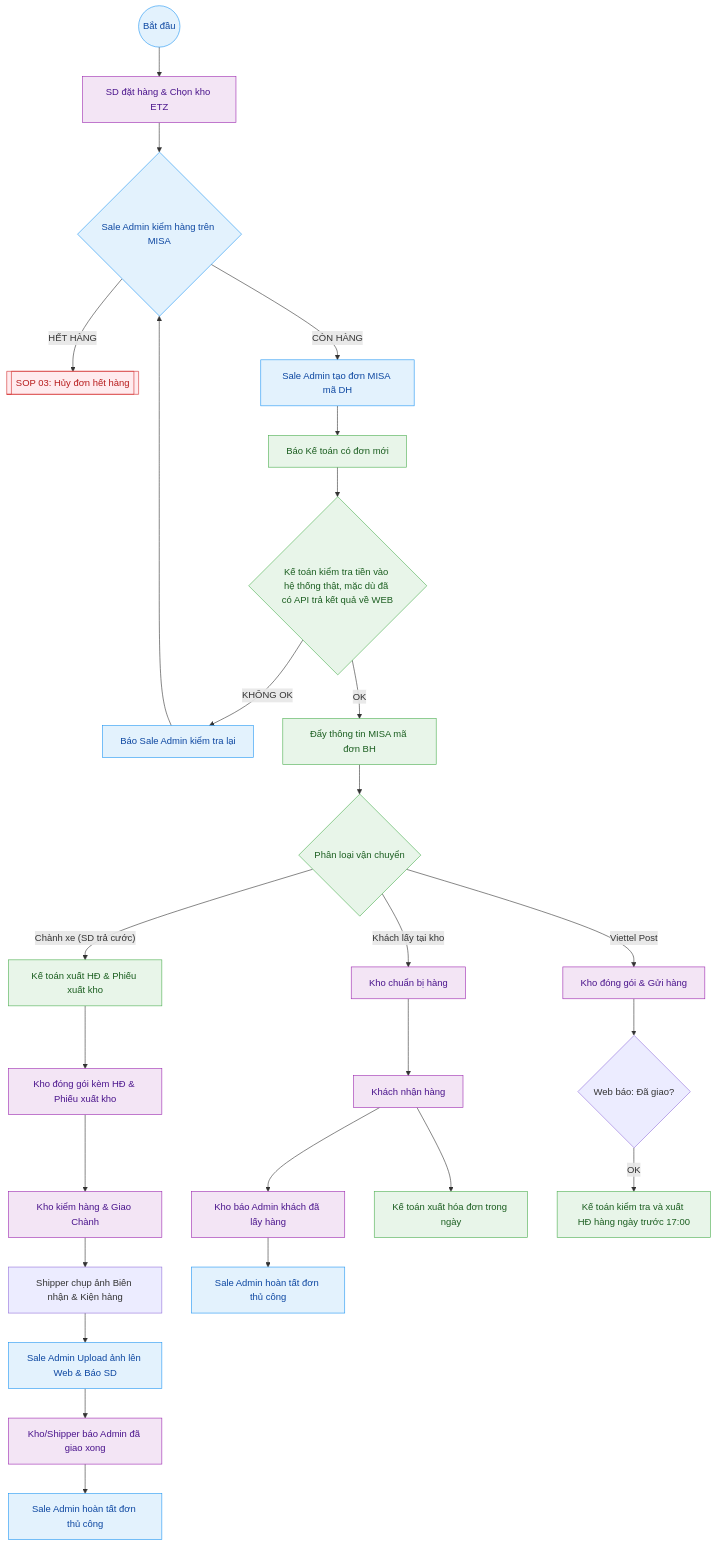
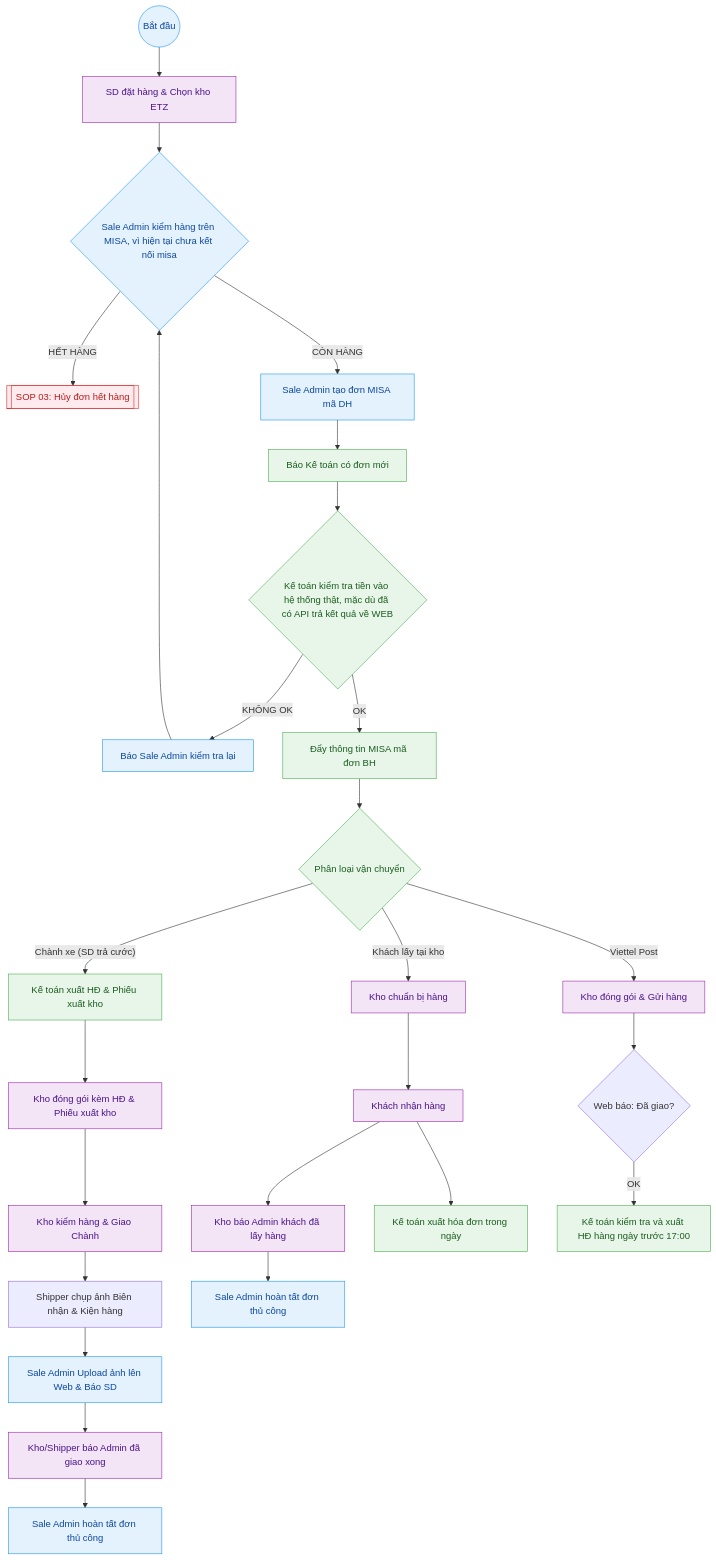
Before and after one commit to babaduoc/digitalgarden: the diagram in src/site/notes/01_TONG_QUAN_LY_DU_AN/2_PHONG_VAN_HANH/SOP_2_Xu_Ly_Don_Hang_Chuan.md, drawn with Mermaid.

Commit message:
Published multiple files

````diff
--- a/src/site/notes/01_TONG_QUAN_LY_DU_AN/2_PHONG_VAN_HANH/SOP_2_Xu_Ly_Don_Hang_Chuan.md
+++ b/src/site/notes/01_TONG_QUAN_LY_DU_AN/2_PHONG_VAN_HANH/SOP_2_Xu_Ly_Don_Hang_Chuan.md
@@ -22,54 +22,54 @@
 ```mermaid
 graph TD
     %% Định nghĩa bảng màu Pastel nguyên bản (Classic Style) %%
     classDef sd fill:#F3E5F5,stroke:#9C27B0,color:#4A148C;
     classDef sale_admin fill:#E3F2FD,stroke:#2196F3,color:#0D47A1;
     classDef acc fill:#E8F5E9,stroke:#4CAF50,color:#1B5E20;
     classDef wh fill:#FFF3E0,stroke:#FF9800,color:#E65100;
     classDef error fill:#FFEBEE,stroke:#D32F2F,color:#B71C1C;
 
     Start((Bắt đầu)) --> SD_Order[SD đặt hàng & Chọn kho ETZ]
     
     %% Vai trò Sale Admin %%
-    SD_Order --> SaleAdmin_Check{Sale Admin kiểm hàng trên MISA}
+    SD_Order --> SaleAdmin_Check{Sale Admin kiểm hàng trên MISA, vì hiện tại chưa kết nối misa}
     
     SaleAdmin_Check -- "HẾT HÀNG" --> OutOfStock[["SOP 03: Hủy đơn hết hàng"]]
     click OutOfStock "/01-tong-quan-ly-du-an/2-phong-van-hanh/sop-3-huy-don-het-hang/"
     SaleAdmin_Check -- "CÒN HÀNG" --> SaleAdmin_DH[Sale Admin tạo đơn MISA mã DH]
     SaleAdmin_DH --> Acc_Notify[Báo Kế toán có đơn mới]
 
     %% Vai trò Kế toán %%
     Acc_Notify --> Acc_CheckMoney{Kế toán kiểm tra tiền vào hệ thống thật, mặc dù đã có API trả kết quả về WEB}
     
     Acc_CheckMoney -- "KHÔNG OK" --> Acc_Reject[Báo Sale Admin kiểm tra lại]
     Acc_Reject --> SaleAdmin_Check
     
     Acc_CheckMoney -- "OK" --> Acc_BH[Đẩy thông tin MISA mã đơn BH]
     Acc_BH --> Ship_Type{Phân loại vận chuyển}
 
     %% Nhánh Chành xe %%
     Ship_Type -- "Chành xe (SD trả cước)" --> Acc_Inv_1[Kế toán xuất HĐ & Phiếu xuất kho]
     Acc_Inv_1 --> WH_Pack_1[Kho đóng gói kèm HĐ & Phiếu xuất kho]
     WH_Pack_1 --> WH_Check[Kho kiểm hàng & Giao Chành]
     WH_Check --> WH_Photo[Shipper chụp ảnh Biên nhận & Kiện hàng]
     WH_Photo --> Admin_Upload[Sale Admin Upload ảnh lên Web & Báo SD]
     Admin_Upload --> WH_Confirm[Kho/Shipper báo Admin đã giao xong]
     WH_Confirm --> Admin_Finish_1[Sale Admin hoàn tất đơn thủ công]
 
     %% Nhánh Tại kho %%
     Ship_Type -- "Khách lấy tại kho" --> WH_Pack_2[Kho chuẩn bị hàng]
     WH_Pack_2 --> SD_Pick[Khách nhận hàng]
     SD_Pick --> WH_Confirm_2[Kho báo Admin khách đã lấy hàng]
     WH_Confirm_2 --> Admin_Finish_2[Sale Admin hoàn tất đơn thủ công]
     SD_Pick --> Acc_Inv_2[Kế toán xuất hóa đơn trong ngày]
 
     %% Nhánh Viettel Post %%
     Ship_Type -- "Viettel Post" --> WH_Pack_3[Kho đóng gói & Gửi hàng]
     WH_Pack_3 --> API_Delivered{Web báo: Đã giao?}
     API_Delivered -- OK --> Acc_Inv_3[Kế toán kiểm tra và xuất HĐ hàng ngày trước 17:00]
 
     class SD_Order,SD_Pick,WH_Pack_1,WH_Pack_2,WH_Pack_3,WH_Check,WH_Confirm,WH_Confirm_2 sd;
     class Start,SaleAdmin_Check,SaleAdmin_DH,Acc_Reject,Admin_Upload,Admin_Finish_1,Admin_Finish_2 sale_admin;
     class Acc_Notify,Acc_CheckMoney,Acc_BH,Ship_Type,Acc_Inv_1,Acc_Inv_2,Acc_Inv_3 acc;
     class OutOfStock error;
 ```
````
